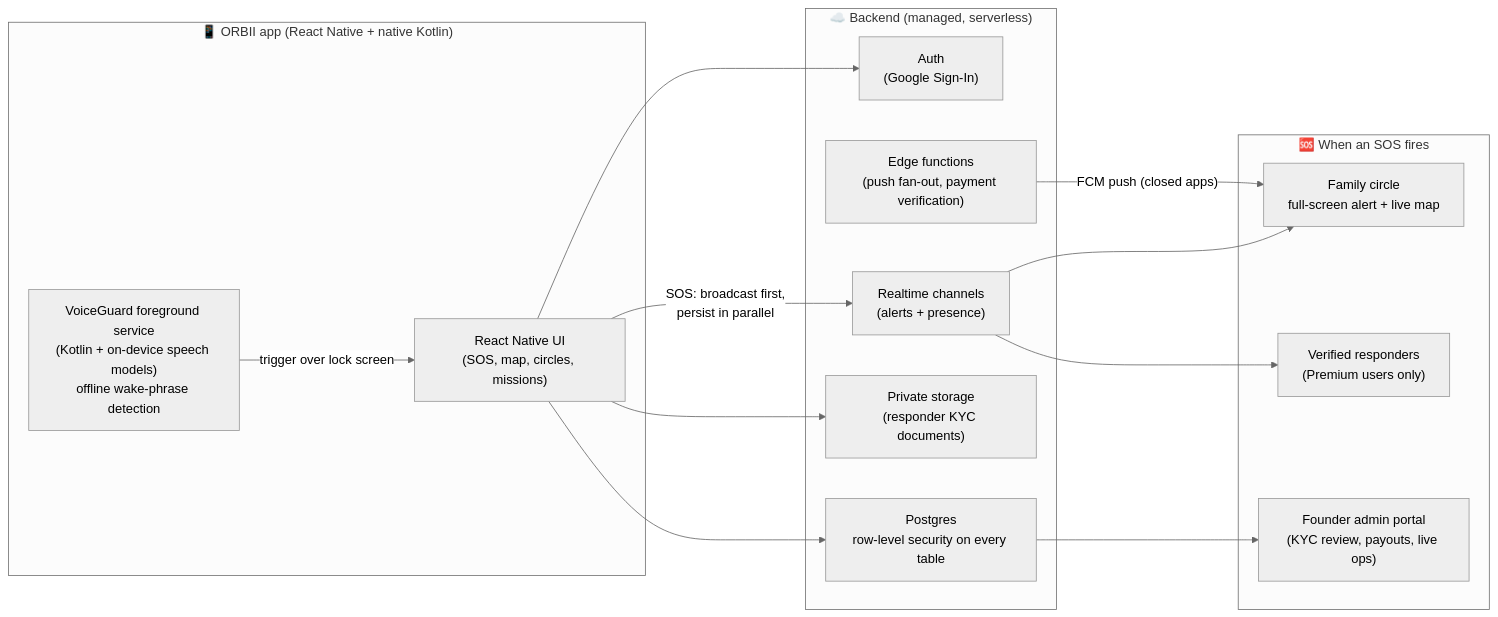
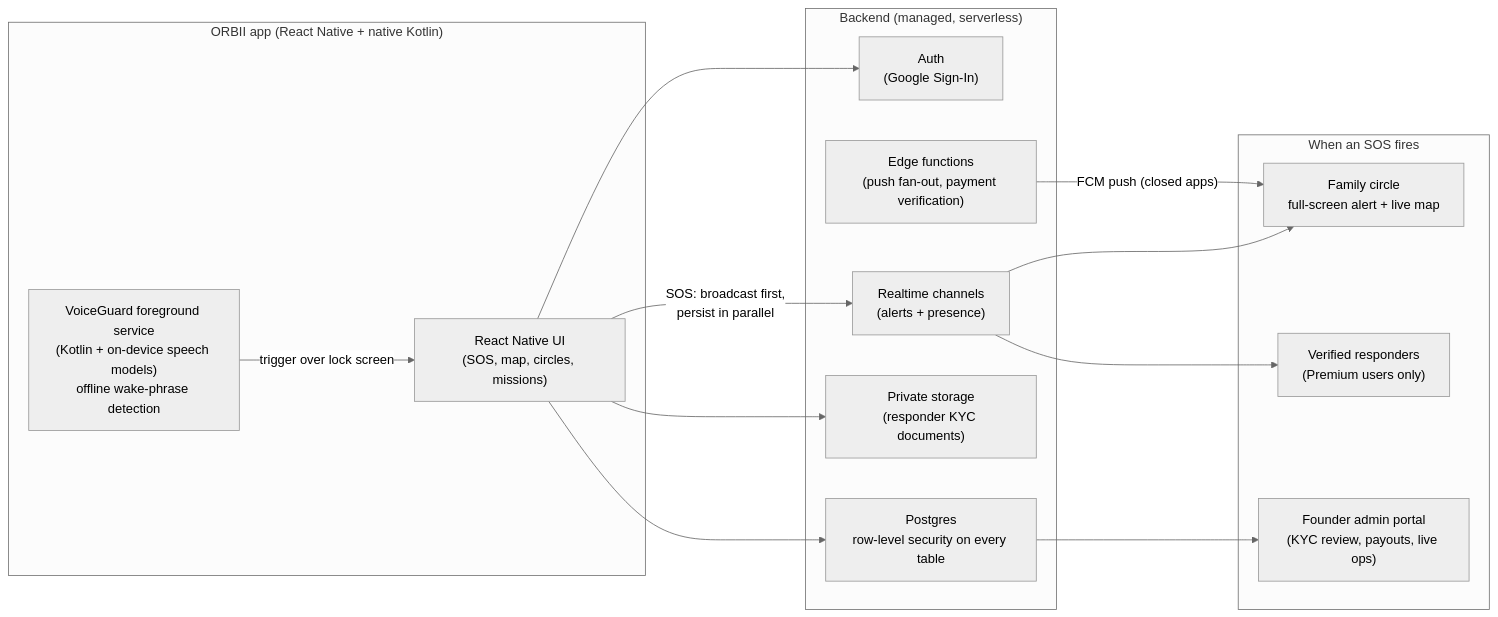
The diagram in README.md (jatinnx777/ORBII-app), drawn with Mermaid (neutral theme) before and after one commit. The commit also changed other lines of this file, not shown here.

````diff
--- a/README.md
+++ b/README.md
@@ -34,28 +45,28 @@
 ```mermaid
 flowchart LR
-    subgraph Phone["📱 ORBII app (React Native + native Kotlin)"]
+    subgraph Phone[" ORBII app (React Native + native Kotlin)"]
         UI["React Native UI<br/>(SOS, map, circles, missions)"]
         VG["VoiceGuard foreground service<br/>(Kotlin + on-device speech models)<br/>offline wake-phrase detection"]
         VG -- "trigger over lock screen" --> UI
     end
 
-    subgraph Cloud["☁️ Backend (managed, serverless)"]
+    subgraph Cloud[" Backend (managed, serverless)"]
         AUTH["Auth<br/>(Google Sign-In)"]
         DB["Postgres<br/>row-level security on every table"]
         RT["Realtime channels<br/>(alerts + presence)"]
         ST["Private storage<br/>(responder KYC documents)"]
         FN["Edge functions<br/>(push fan-out, payment verification)"]
     end
 
-    subgraph Receivers["🆘 When an SOS fires"]
+    subgraph Receivers[" When an SOS fires"]
         CIRCLE["Family circle<br/>full-screen alert + live map"]
         RESP["Verified responders<br/>(Premium users only)"]
         ADMIN["Founder admin portal<br/>(KYC review, payouts, live ops)"]
     end
 
     UI -- "SOS: broadcast first,<br/>persist in parallel" --> RT
     UI --> AUTH & DB & ST
     RT --> CIRCLE & RESP
     FN -- "FCM push (closed apps)" --> CIRCLE
     DB --> ADMIN
 ```
````
